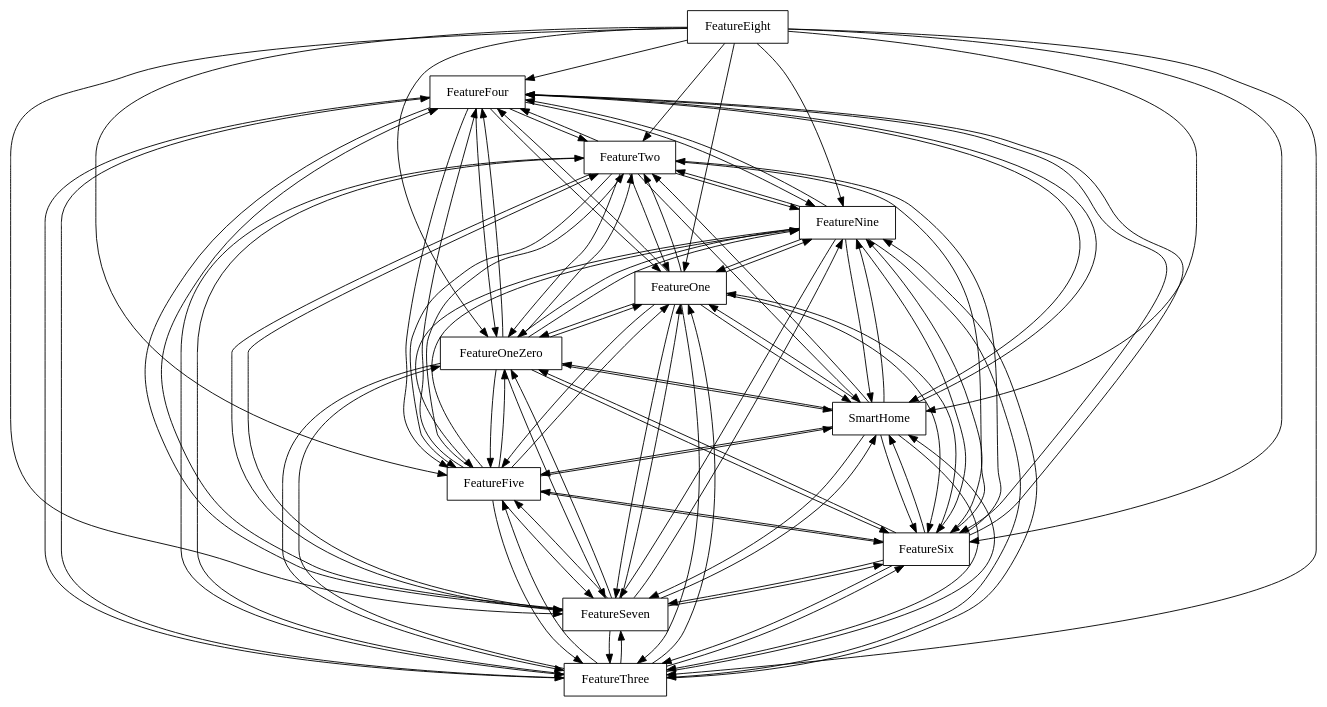
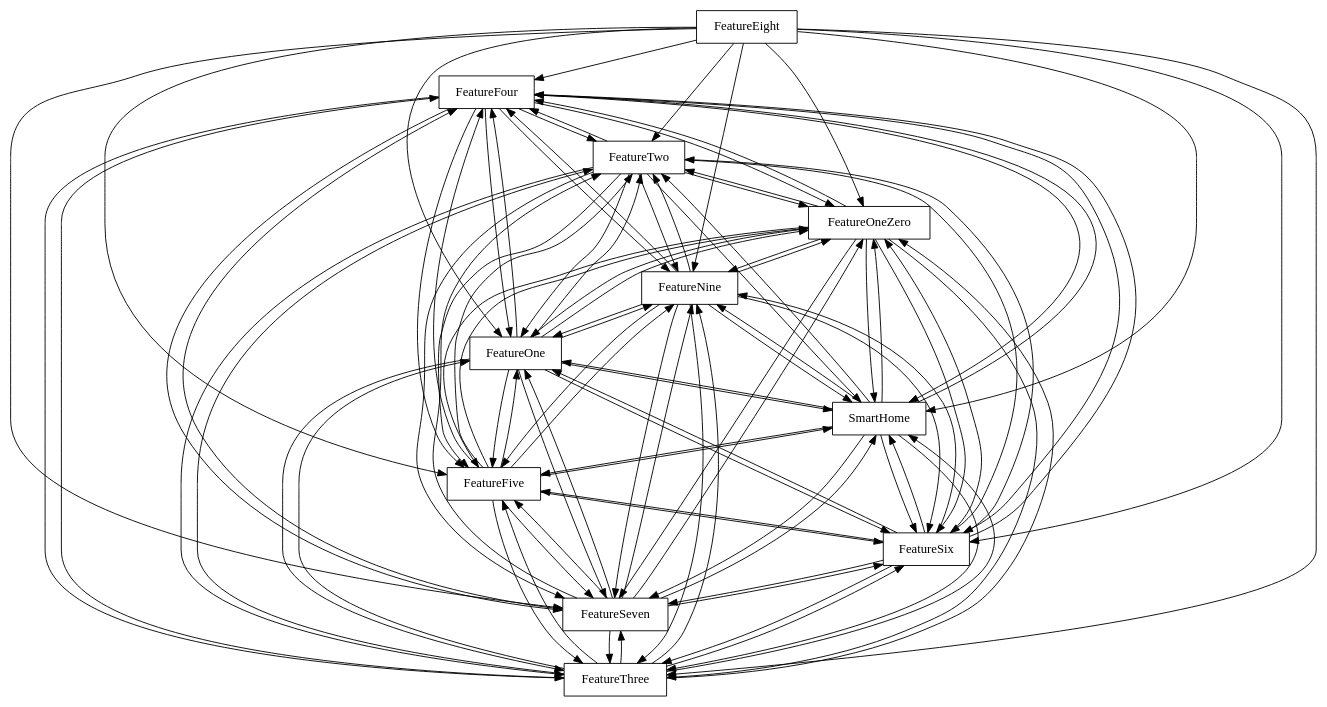
One commit to FAMILIAR-project/familiar-language changed the diagram in FAMILIAR/output/SPLOT-big/fm_91_model_20110704_555218409.xml.dot. Above: the diagram before and after it, drawn with Graphviz. The commit also changed 203 other files, not shown here.

```diff
--- a/FAMILIAR/output/SPLOT-big/fm_91_model_20110704_555218409.xml.dot
+++ b/FAMILIAR/output/SPLOT-big/fm_91_model_20110704_555218409.xml.dot
@@ -1,116 +1,116 @@
 digraph{
 graph [rankdir=TB];
 node [shape=box];
 edge [arrowhead=normal];
 0[label="FeatureFour",]
 1[label="FeatureTwo",]
 2[label="FeatureThree",]
 3[label="FeatureSeven",]
 4[label="FeatureSix",]
 5[label="FeatureFive",]
 6[label="SmartHome",]
-7[label="FeatureOneZero",]
-8[label="FeatureOne",]
-9[label="FeatureEight",]
-10[label="FeatureNine",]
+7[label="FeatureOne",]
+8[label="FeatureNine",]
+9[label="FeatureOneZero",]
+10[label="FeatureEight",]
 0->1[label="",]
 0->2[label="",]
 0->3[label="",]
 0->4[label="",]
 0->5[label="",]
 0->6[label="",]
 0->7[label="",]
 0->8[label="",]
-0->10[label="",]
+0->9[label="",]
 1->0[label="",]
 1->2[label="",]
 1->3[label="",]
 1->4[label="",]
 1->5[label="",]
 1->6[label="",]
 1->7[label="",]
 1->8[label="",]
-1->10[label="",]
+1->9[label="",]
 2->0[label="",]
 2->1[label="",]
 2->3[label="",]
 2->4[label="",]
 2->5[label="",]
 2->6[label="",]
 2->7[label="",]
 2->8[label="",]
-2->10[label="",]
+2->9[label="",]
 3->0[label="",]
 3->1[label="",]
 3->2[label="",]
 3->4[label="",]
 3->5[label="",]
 3->6[label="",]
 3->7[label="",]
 3->8[label="",]
-3->10[label="",]
+3->9[label="",]
 4->0[label="",]
 4->1[label="",]
 4->2[label="",]
 4->3[label="",]
 4->5[label="",]
 4->6[label="",]
 4->7[label="",]
 4->8[label="",]
-4->10[label="",]
+4->9[label="",]
 5->0[label="",]
 5->1[label="",]
 5->2[label="",]
 5->3[label="",]
 5->4[label="",]
 5->6[label="",]
 5->7[label="",]
 5->8[label="",]
-5->10[label="",]
+5->9[label="",]
 6->0[label="",]
 6->1[label="",]
 6->2[label="",]
 6->3[label="",]
 6->4[label="",]
 6->5[label="",]
 6->7[label="",]
 6->8[label="",]
-6->10[label="",]
+6->9[label="",]
 7->0[label="",]
 7->1[label="",]
 7->2[label="",]
 7->3[label="",]
 7->4[label="",]
 7->5[label="",]
 7->6[label="",]
 7->8[label="",]
-7->10[label="",]
+7->9[label="",]
 8->0[label="",]
 8->1[label="",]
 8->2[label="",]
 8->3[label="",]
 8->4[label="",]
 8->5[label="",]
 8->6[label="",]
 8->7[label="",]
-8->10[label="",]
+8->9[label="",]
 9->0[label="",]
 9->1[label="",]
 9->2[label="",]
 9->3[label="",]
 9->4[label="",]
 9->5[label="",]
 9->6[label="",]
 9->7[label="",]
 9->8[label="",]
-9->10[label="",]
 10->0[label="",]
 10->1[label="",]
 10->2[label="",]
 10->3[label="",]
 10->4[label="",]
 10->5[label="",]
 10->6[label="",]
 10->7[label="",]
 10->8[label="",]
+10->9[label="",]
 }
```
